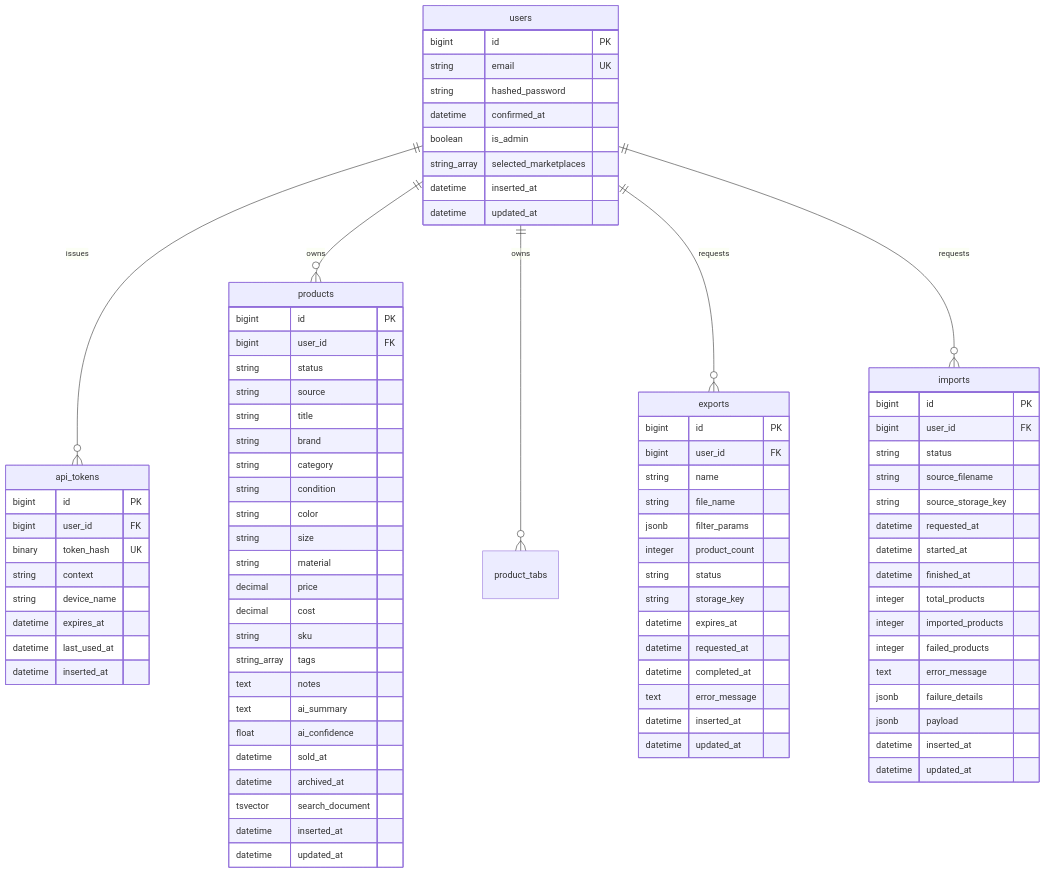
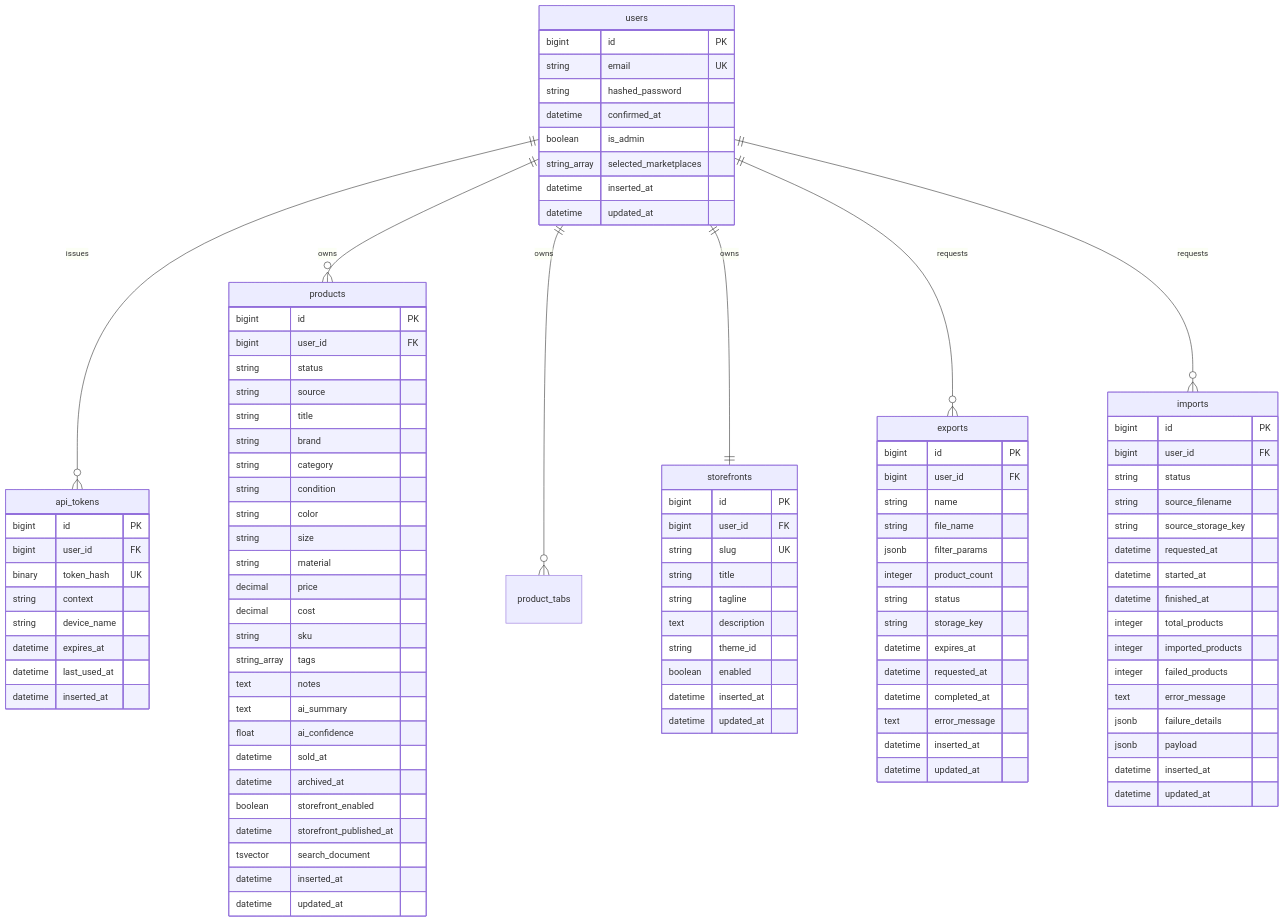
The second of 4 diagrams in docs/ARCHITECTURE.md (mpakus/resellerio), drawn with Mermaid before and after one commit. The commit also changed other lines of this file and 47 other files, not shown here.

````diff
--- a/docs/ARCHITECTURE.md
+++ b/docs/ARCHITECTURE.md
@@ -363,7 +402,22 @@
         float ai_confidence
         datetime sold_at
         datetime archived_at
+        boolean storefront_enabled
+        datetime storefront_published_at
         tsvector search_document
+        datetime inserted_at
+        datetime updated_at
+    }
+
+    storefronts {
+        bigint id PK
+        bigint user_id FK
+        string slug UK
+        string title
+        string tagline
+        text description
+        string theme_id
+        boolean enabled
         datetime inserted_at
         datetime updated_at
     }
@@ -407,6 +461,7 @@
     users ||--o{ api_tokens : issues
     users ||--o{ products : owns
     users ||--o{ product_tabs : owns
+    users ||--|| storefronts : owns
     users ||--o{ exports : requests
     users ||--o{ imports : requests
 ```
````
